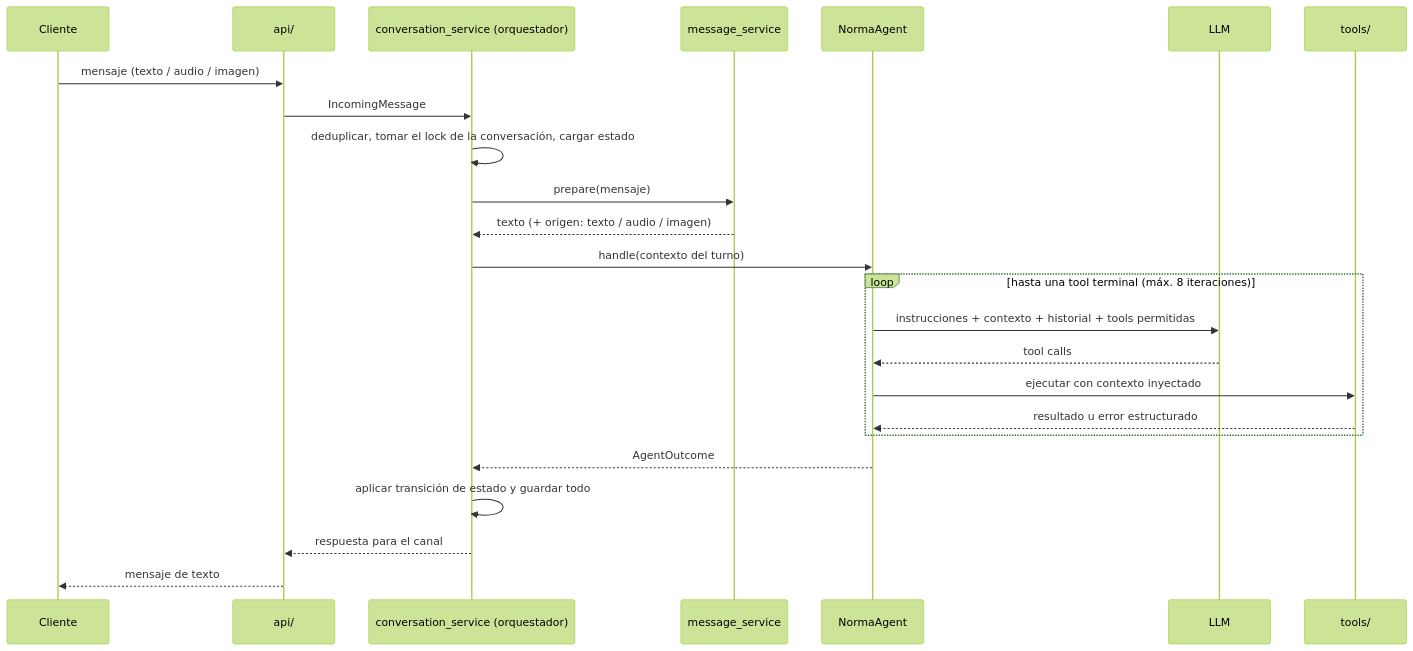
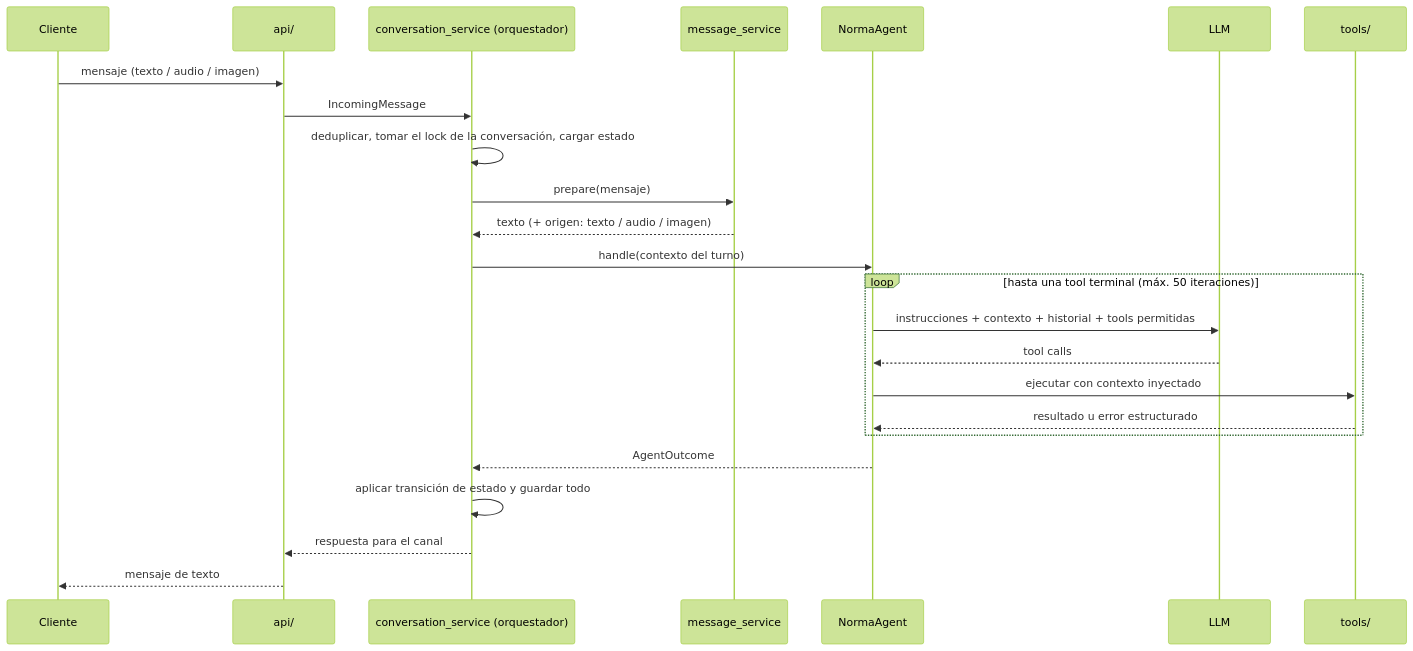
The second of 4 diagrams in docs/spec/agente.md (FernandoMRestelli/norma-agentic-ai), drawn with Mermaid (forest theme) before and after one commit. The commit also changed other lines of this file and 9 other files, not shown here.

````diff
--- a/docs/spec/agente.md
+++ b/docs/spec/agente.md
@@ -98,26 +98,26 @@
 ```mermaid
 sequenceDiagram
     participant C as Cliente
     participant API as api/
     participant O as conversation_service (orquestador)
     participant M as message_service
     participant A as NormaAgent
     participant L as LLM
     participant T as tools/
     C->>API: mensaje (texto / audio / imagen)
     API->>O: IncomingMessage
     O->>O: deduplicar, tomar el lock de la conversación, cargar estado
     O->>M: prepare(mensaje)
     M-->>O: texto (+ origen: texto / audio / imagen)
     O->>A: handle(contexto del turno)
-    loop hasta una tool terminal (máx. 8 iteraciones)
+    loop hasta una tool terminal (máx. 50 iteraciones)
         A->>L: instrucciones + contexto + historial + tools permitidas
         L-->>A: tool calls
         A->>T: ejecutar con contexto inyectado
         T-->>A: resultado u error estructurado
     end
     A-->>O: AgentOutcome
     O->>O: aplicar transición de estado y guardar todo
     O-->>API: respuesta para el canal
     API-->>C: mensaje de texto
 ```
````
